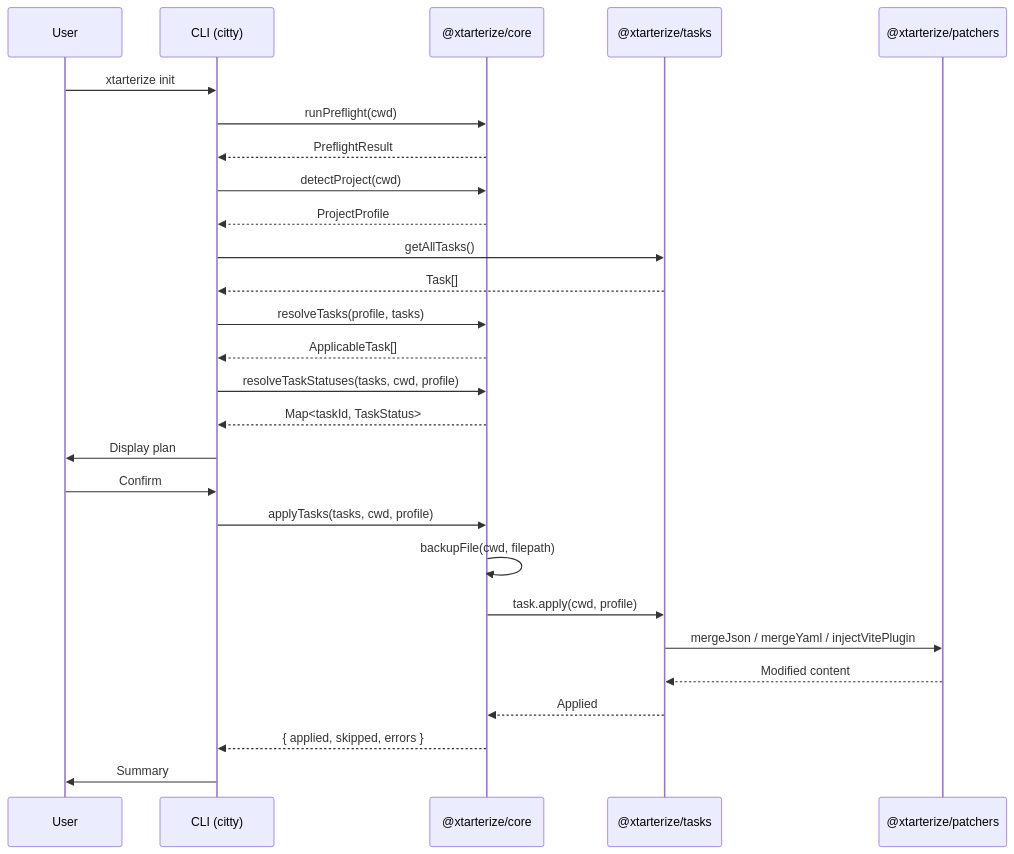
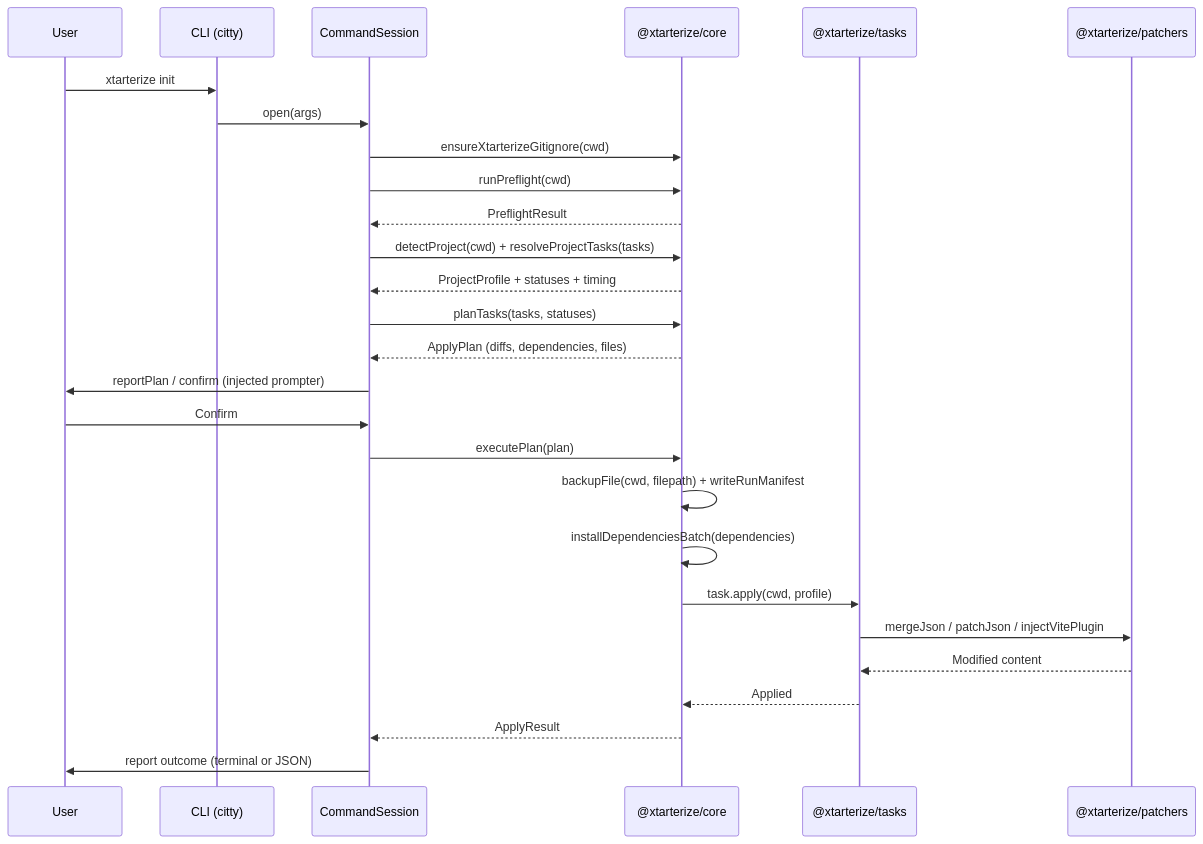
The second of 2 diagrams in apps/docs/src/content/docs/xtarterize/contributing/architecture/overview.mdx (agustinusnathaniel/xtarter), drawn with Mermaid before and after one commit. The commit also changed other lines of this file and 38 other files, not shown here.

First line of the commit message:
refactor(cli): add command session, reporter, and prompter seams

````diff
--- a/apps/docs/src/content/docs/xtarterize/contributing/architecture/overview.mdx
+++ b/apps/docs/src/content/docs/xtarterize/contributing/architecture/overview.mdx
@@ -54,30 +54,30 @@
 ```mermaid
 sequenceDiagram
     participant User
     participant CLI as CLI (citty)
+    participant Session as CommandSession
     participant Core as @xtarterize/core
     participant Tasks as @xtarterize/tasks
     participant Patchers as @xtarterize/patchers
 
     User->>CLI: xtarterize init
-    CLI->>Core: runPreflight(cwd)
-    Core-->>CLI: PreflightResult
-    CLI->>Core: detectProject(cwd)
-    Core-->>CLI: ProjectProfile
-    CLI->>Tasks: getAllTasks()
-    Tasks-->>CLI: Task[]
-    CLI->>Core: resolveTasks(profile, tasks)
-    Core-->>CLI: ApplicableTask[]
-    CLI->>Core: resolveTaskStatuses(tasks, cwd, profile)
-    Core-->>CLI: Map<taskId, TaskStatus>
-    CLI->>User: Display plan
-    User->>CLI: Confirm
-    CLI->>Core: applyTasks(tasks, cwd, profile)
-    Core->>Core: backupFile(cwd, filepath)
+    CLI->>Session: open(args)
+    Session->>Core: ensureXtarterizeGitignore(cwd)
+    Session->>Core: runPreflight(cwd)
+    Core-->>Session: PreflightResult
+    Session->>Core: detectProject(cwd) + resolveProjectTasks(tasks)
+    Core-->>Session: ProjectProfile + statuses + timing
+    Session->>Core: planTasks(tasks, statuses)
+    Core-->>Session: ApplyPlan (diffs, dependencies, files)
+    Session->>User: reportPlan / confirm (injected prompter)
+    User->>Session: Confirm
+    Session->>Core: executePlan(plan)
+    Core->>Core: backupFile(cwd, filepath) + writeRunManifest
+    Core->>Core: installDependenciesBatch(dependencies)
     Core->>Tasks: task.apply(cwd, profile)
-    Tasks->>Patchers: mergeJson / mergeYaml / injectVitePlugin
+    Tasks->>Patchers: mergeJson / patchJson / injectVitePlugin
     Patchers-->>Tasks: Modified content
     Tasks-->>Core: Applied
-    Core-->>CLI: { applied, skipped, errors }
-    CLI->>User: Summary
+    Core-->>Session: ApplyResult
+    Session->>User: report outcome (terminal or JSON)
 ```
````
